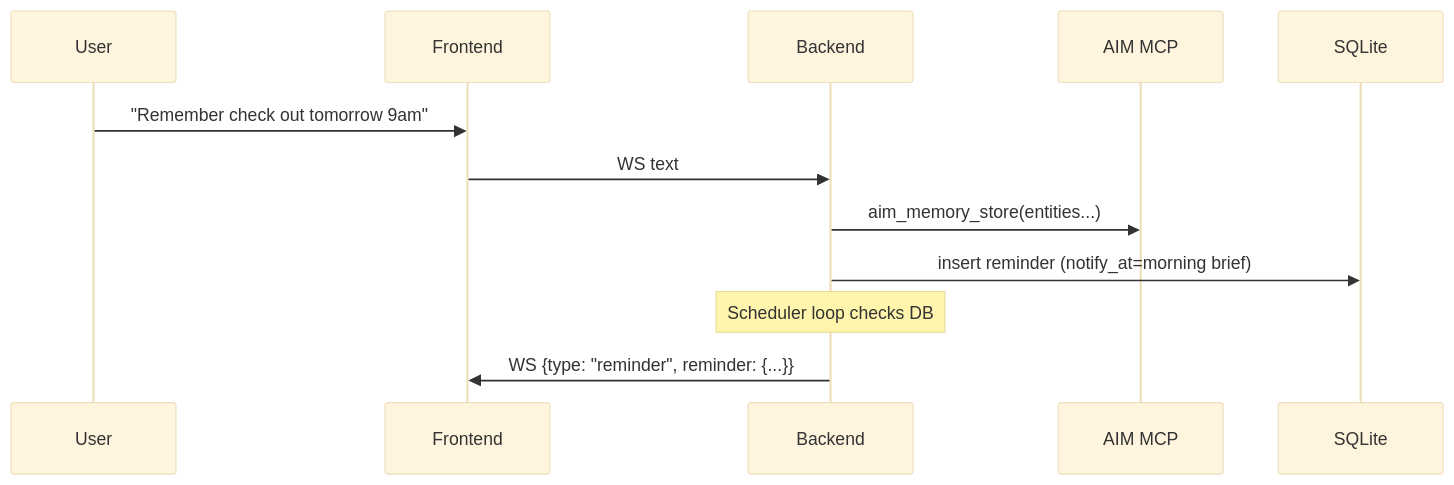
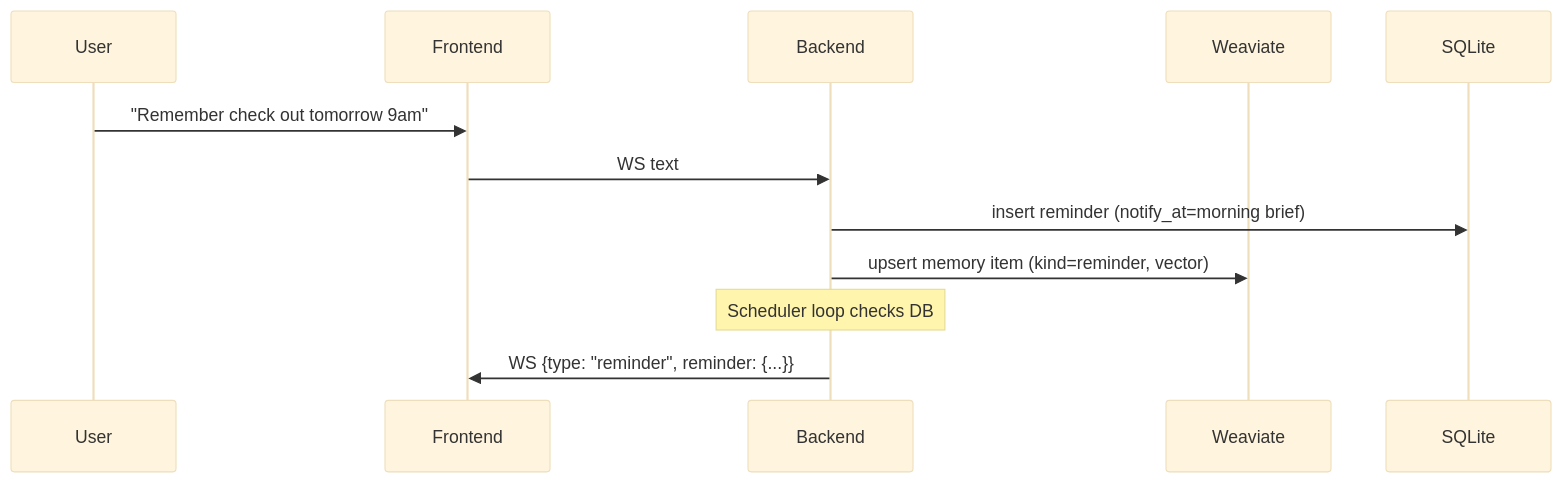
One commit to tonezzz/chaba changed the second of 2 diagrams in services/assistance/CONCEPT.md. Above: the diagram before and after it, drawn with Mermaid (base theme). The commit also changed other lines of this file and 7 other files, not shown here.

Commit message:
feat(memory): add weaviate-backed reminder mirror

````diff
--- a/services/assistance/CONCEPT.md
+++ b/services/assistance/CONCEPT.md
@@ -33,15 +37,15 @@
 ```mermaid
 sequenceDiagram
   participant U as User
   participant FE as Frontend
   participant BE as Backend
-  participant AIM as AIM MCP
+  participant WV as Weaviate
   participant DB as SQLite
 
   U->>FE: "Remember check out tomorrow 9am"
   FE->>BE: WS text
-  BE->>AIM: aim_memory_store(entities...)
   BE->>DB: insert reminder (notify_at=morning brief)
+  BE->>WV: upsert memory item (kind=reminder, vector)
   Note over BE: Scheduler loop checks DB
   BE->>FE: WS {type: "reminder", reminder: {...}}
 ```
````
